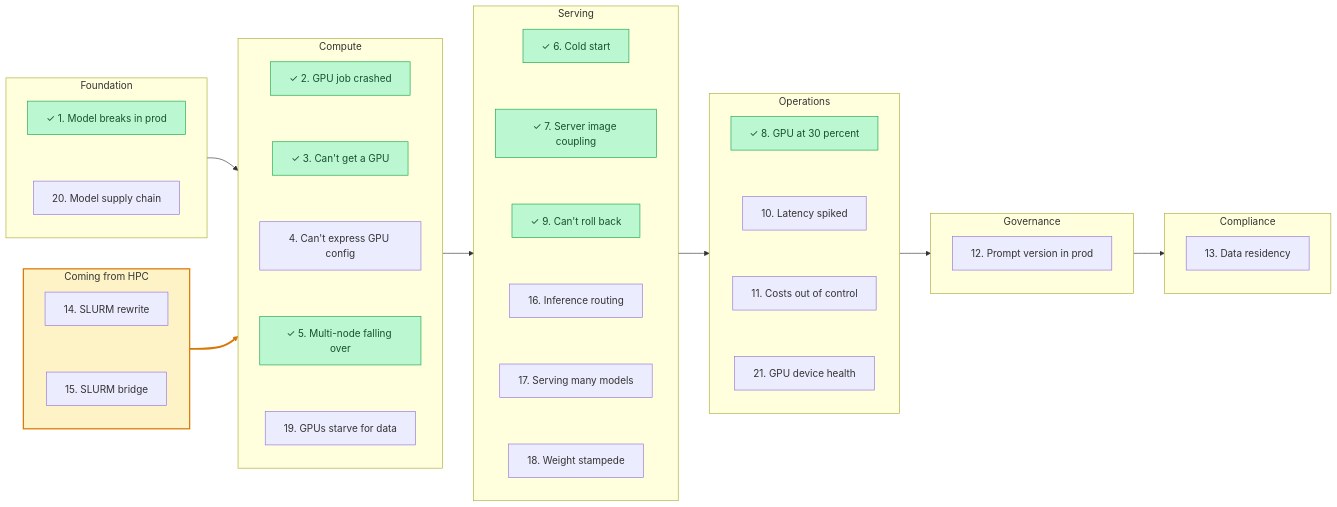
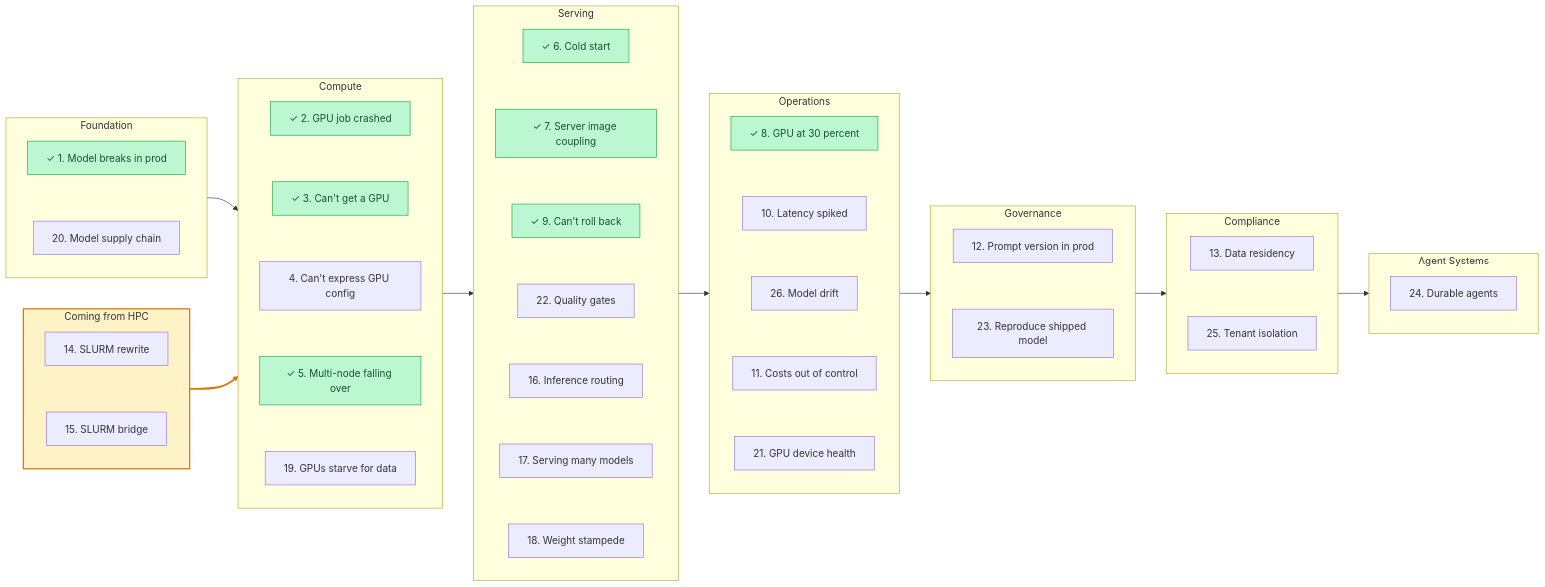
The diagram in README.md (arun-gupta/the-pain-first-way), drawn with Mermaid before and after one commit. The commit also changed 7 other files, not shown here.

````diff
--- a/README.md
+++ b/README.md
@@ -45,12 +45,14 @@
         N6[✓ 6. Cold start]
         N7[✓ 7. Server image coupling]
         N9[✓ 9. Can't roll back]
+        N22[22. Quality gates]
         N16[16. Inference routing]
         N17[17. Serving many models]
         N18[18. Weight stampede]
         N6 ~~~ N7
         N7 ~~~ N9
-        N9 ~~~ N16
+        N9 ~~~ N22
+        N22 ~~~ N16
         N16 ~~~ N17
         N17 ~~~ N18
     end
@@ -58,19 +60,29 @@
         direction TB
         N8[✓ 8. GPU at 30 percent]
         N10[10. Latency spiked]
+        N26[26. Model drift]
         N11[11. Costs out of control]
         N21[21. GPU device health]
         N8 ~~~ N10
-        N10 ~~~ N11
+        N10 ~~~ N26
+        N26 ~~~ N11
         N11 ~~~ N21
     end
     subgraph S5[Governance]
         direction TB
         N12[12. Prompt version in prod]
+        N23[23. Reproduce shipped model]
+        N12 ~~~ N23
     end
     subgraph S6[Compliance]
         direction TB
         N13[13. Data residency]
+        N25[25. Tenant isolation]
+        N13 ~~~ N25
+    end
+    subgraph S7[Agent Systems]
+        direction TB
+        N24[24. Durable agents]
     end
     subgraph SHPC[Coming from HPC]
         direction TB
@@ -78,12 +90,12 @@
         N15[15. SLURM bridge]
         N14 ~~~ N15
     end
-    S1 --> S2 --> S3 --> S4 --> S5 --> S6
+    S1 --> S2 --> S3 --> S4 --> S5 --> S6 --> S7
     SHPC ==> S2
     classDef avail fill:#bbf7d0,stroke:#16a34a,stroke-width:1px,color:#14532d;
     class N1,N2,N3,N5,N6,N7,N8,N9 avail;
     style SHPC fill:#fef3c7,stroke:#d97706,stroke-width:2px;
-    linkStyle 19 stroke:#d97706,stroke-width:3px;
+    linkStyle 24 stroke:#d97706,stroke-width:3px;
     click N1 "https://github.com/arun-gupta/the-pain-first-way/blob/main/pains/01-model-works-locally.md"
     click N2 "https://github.com/arun-gupta/the-pain-first-way/blob/main/pains/02-gpu-job-crashed.md"
     click N3 "https://github.com/arun-gupta/the-pain-first-way/blob/main/pains/03-cant-get-a-gpu.md"
@@ -105,4 +117,9 @@
     click N19 "https://github.com/arun-gupta/the-pain-first-way/blob/main/pains/19-data-starvation.md"
     click N20 "https://github.com/arun-gupta/the-pain-first-way/blob/main/pains/20-model-supply-chain.md"
     click N21 "https://github.com/arun-gupta/the-pain-first-way/blob/main/pains/21-device-health.md"
+    click N22 "https://github.com/arun-gupta/the-pain-first-way/blob/main/pains/22-quality-gates.md"
+    click N23 "https://github.com/arun-gupta/the-pain-first-way/blob/main/pains/23-model-reproducibility.md"
+    click N24 "https://github.com/arun-gupta/the-pain-first-way/blob/main/pains/24-durable-agents.md"
+    click N25 "https://github.com/arun-gupta/the-pain-first-way/blob/main/pains/25-tenant-isolation.md"
+    click N26 "https://github.com/arun-gupta/the-pain-first-way/blob/main/pains/26-model-drift.md"
 ```
````
